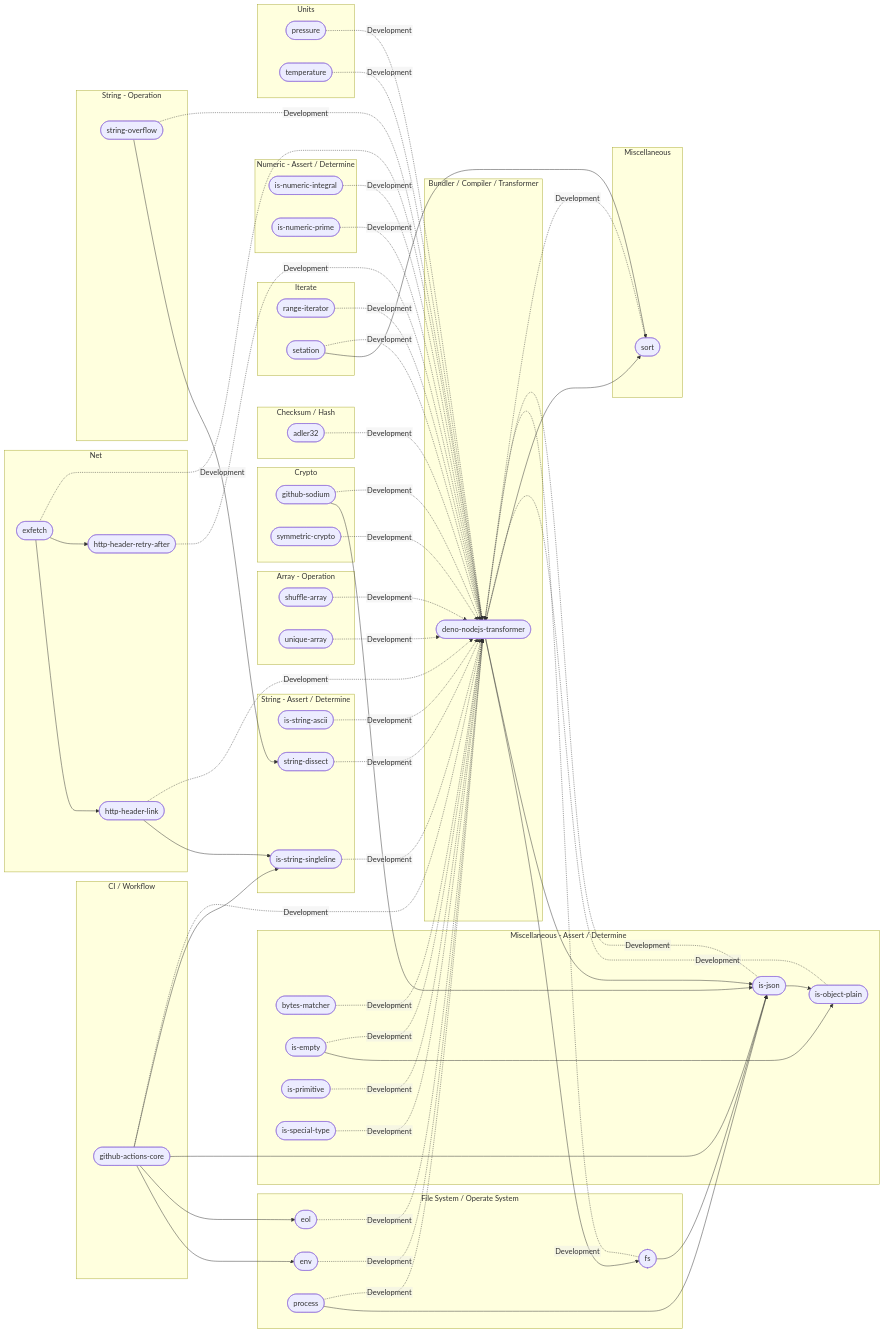
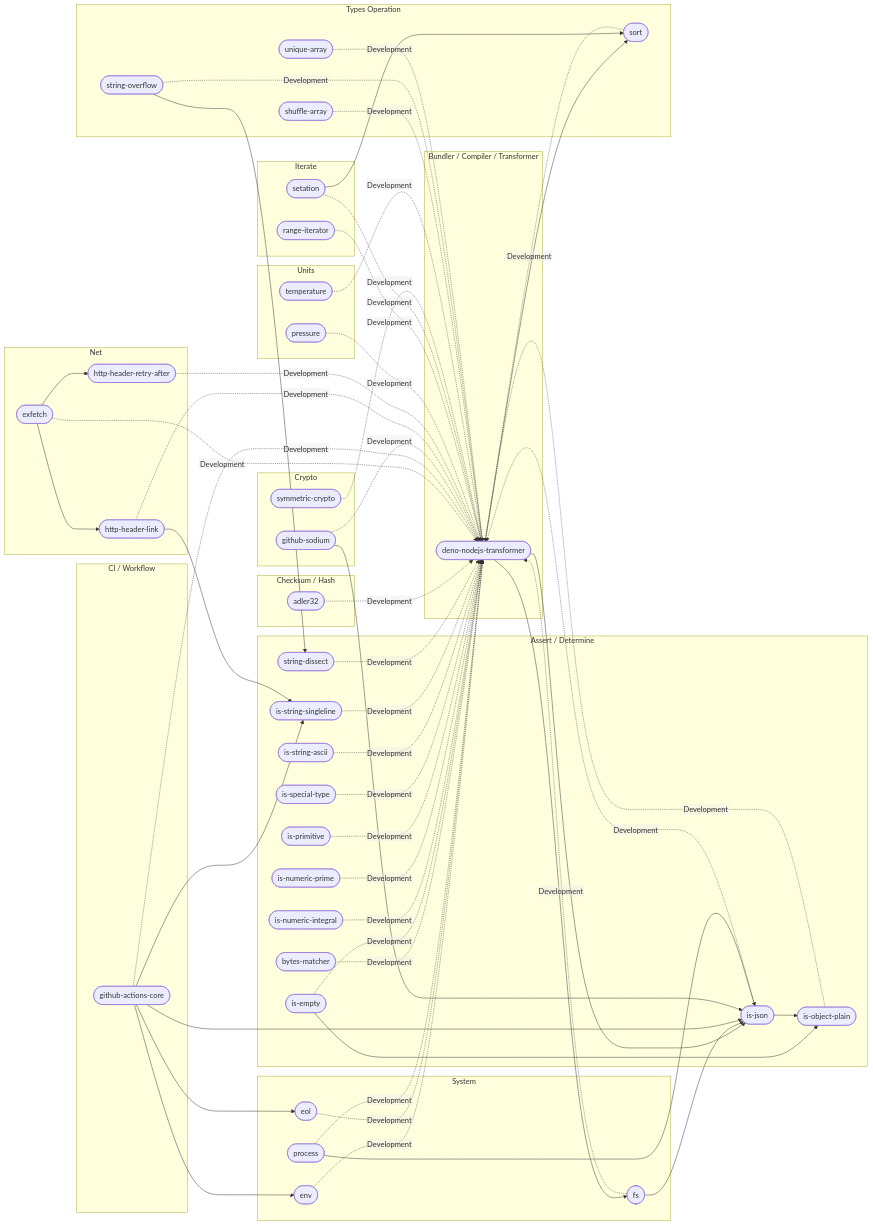
Before and after one commit to hugoalh/hugoalh: the diagram in assets/es-dependencies-graph.md, drawn with Mermaid. The commit also changed other lines of this file, not shown here.

Commit message:
Update ES dependencies graph

````diff
--- a/assets/es-dependencies-graph.md
+++ b/assets/es-dependencies-graph.md
@@ -10,9 +10,18 @@
 ```mermaid
 %%{init: {"flowchart": {"htmlLabels": false}} }%%
 flowchart LR
-  subgraph GRAPH_Array_Operation ["Array - Operation"]
-    shuffle-array(["shuffle-array"])
-    unique-array(["unique-array"])
+  subgraph GRAPH_Assert ["Assert / Determine"]
+    bytes-matcher(["bytes-matcher"])
+    is-empty(["is-empty"])
+    is-json(["is-json"])
+    is-object-plain(["is-object-plain"])
+    is-primitive(["is-primitive"])
+    is-special-type(["is-special-type"])
+    is-numeric-integral(["is-numeric-integral"])
+    is-numeric-prime(["is-numeric-prime"])
+    is-string-ascii(["is-string-ascii"])
+    is-string-singleline(["is-string-singleline"])
+    string-dissect(["string-dissect"])
   end
 
   subgraph GRAPH_CI ["CI / Workflow"]
@@ -37,50 +46,29 @@
     setation(["setation"])
   end
 
-  subgraph GRAPH_Misc_Assert ["Miscellaneous - Assert / Determine"]
-    bytes-matcher(["bytes-matcher"])
-    is-empty(["is-empty"])
-    is-json(["is-json"])
-    is-object-plain(["is-object-plain"])
-    is-primitive(["is-primitive"])
-    is-special-type(["is-special-type"])
-  end
-
   subgraph GRAPH_Net ["Net"]
     exfetch(["exfetch"])
     http-header-link(["http-header-link"])
     http-header-retry-after(["http-header-retry-after"])
   end
 
-  subgraph GRAPH_Numeric_Assert ["Numeric - Assert / Determine"]
-    is-numeric-integral(["is-numeric-integral"])
-    is-numeric-prime(["is-numeric-prime"])
-  end
-
-  subgraph GRAPH_System ["File System / Operate System"]
+  subgraph GRAPH_System ["System"]
     env(["env"])
     eol(["eol"])
     fs(["fs"])
     process(["process"])
   end
 
-  subgraph GRAPH_String_Assert ["String - Assert / Determine"]
-    is-string-ascii(["is-string-ascii"])
-    is-string-singleline(["is-string-singleline"])
-    string-dissect(["string-dissect"])
-  end
-
-  subgraph GRAPH_String_Operation ["String - Operation"]
+  subgraph GRAPH_Types_Operation ["Types Operation"]
+    shuffle-array(["shuffle-array"])
+    sort(["sort"])
     string-overflow(["string-overflow"])
+    unique-array(["unique-array"])
   end
 
   subgraph GRAPH_Units ["Units"]
     pressure(["pressure"])
     temperature(["temperature"])
-  end
-
-  subgraph GRAPH_Misc ["Miscellaneous"]
-    sort(["sort"])
   end
 
   deno-nodejs-transformer --> fs
````
